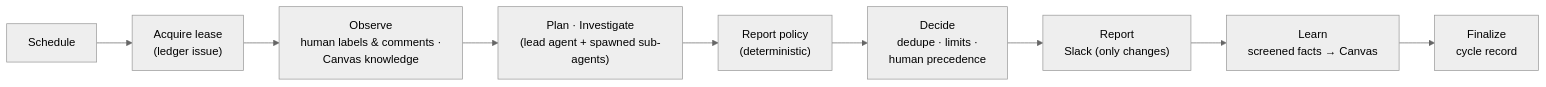
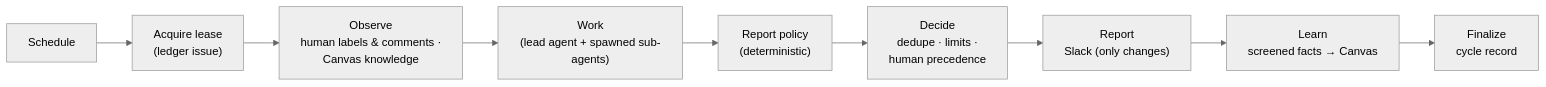
Before and after one commit to reilidev/reili: the diagram in docs/autonomy.md, drawn with Mermaid (neutral theme). The commit also changed other lines of this file and 44 other files, not shown here.

````diff
--- a/docs/autonomy.md
+++ b/docs/autonomy.md
@@ -108,11 +111,11 @@
 ```mermaid
 flowchart LR
     T["Schedule"] --> L["Acquire lease<br/>(ledger issue)"]
     L --> O["Observe<br/>human labels & comments ·<br/>Canvas knowledge"]
-    O --> I["Plan · Investigate<br/>(lead agent + spawned sub-agents)"]
+    O --> I["Work<br/>(lead agent + spawned sub-agents)"]
     I --> G["Report policy<br/>(deterministic)"]
     G --> D["Decide<br/>dedupe · limits ·<br/>human precedence"]
     D --> R["Report<br/>Slack (only changes)"]
     R --> K["Learn<br/>screened facts → Canvas"]
     K --> F["Finalize<br/>cycle record"]
 ```
````
